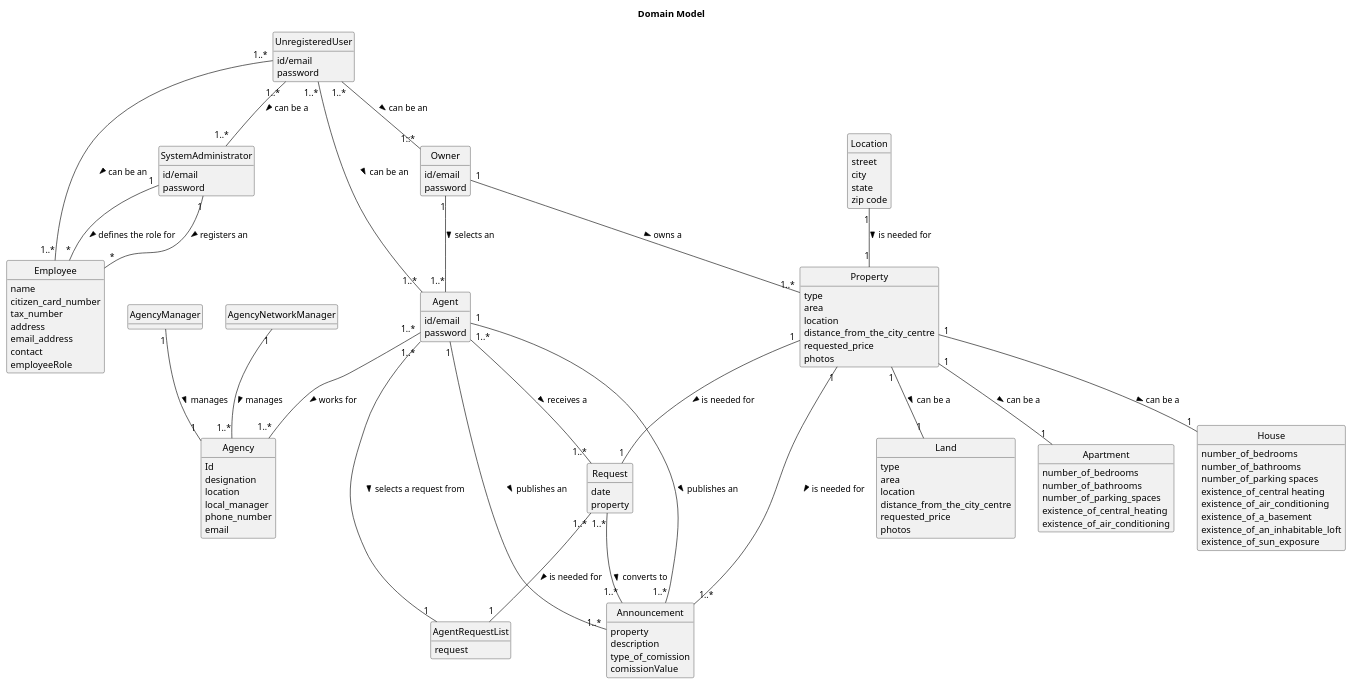
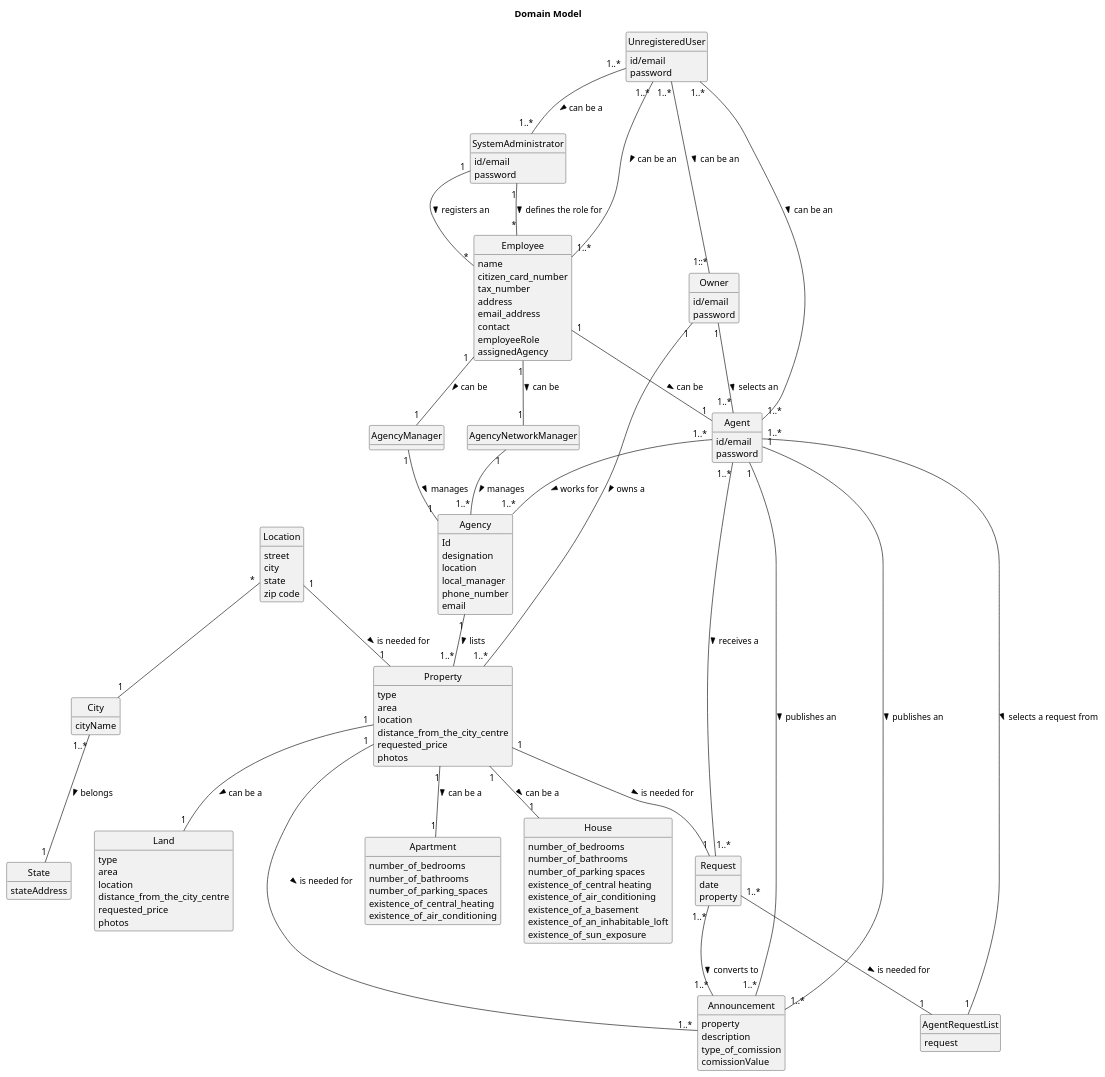
One commit to Rodrick0209/ISEP-LAPR2-22-23 changed the diagram in docs/Sprint-C/global-artifacts/02.analysis/puml/project-domain-model.puml. Above: the diagram before and after it, drawn with PlantUML. The commit also changed 27 other files, not shown here.

```diff
--- a/docs/Sprint-C/global-artifacts/02.analysis/puml/project-domain-model.puml
+++ b/docs/Sprint-C/global-artifacts/02.analysis/puml/project-domain-model.puml
@@ -1,156 +1,169 @@
 @startuml
 skinparam monochrome true
 skinparam packageStyle rectangle
 skinparam shadowing false
 'skinparam linetype ortho
 'left to right direction
 skinparam classAttributeIconSize 0
 hide circle
 hide methods
 
 title Domain Model
 
 
 class Employee{
 name
 citizen_card_number
 tax_number
 address
 email_address
 contact
 employeeRole
+assignedAgency
 }
 class Agent{
 id/email
 password
 }
 
 class SystemAdministrator{
 id/email
 password
 }
 
 class Land{
 type
 area
 location
 distance_from_the_city_centre
 requested_price
 photos
 
 }
 
 
 class Agency{
 Id
 designation
 location
 local_manager
 phone_number
 email
 }
 
 class UnregisteredUser{
 id/email
 password
 }
 
 
 class Property {
     type
     area
     location
     distance_from_the_city_centre
     requested_price
     photos
     }
 
 class Announcement {
        property
          description
             type_of_comission
            comissionValue
       }
 
 class Apartment{
     number_of_bedrooms
     number_of_bathrooms
     number_of_parking_spaces
     existence_of_central_heating
     existence_of_air_conditioning
 }
 
 class House{
     number_of_bedrooms
     number_of_bathrooms
     number_of_parking spaces
     existence_of_central heating
     existence_of_air_conditioning
     existence_of_a_basement
     existence_of_an_inhabitable_loft
     existence_of_sun_exposure
 }
 
 
 class  AgentRequestList{
 request
 
 }
 class Request{
 date
 property
 }
 
 
 class Location{
 street
 city
 state
 zip code
 }
 
 class Owner{
 id/email
 password
 }
 
+class City{
+cityName
+}
 
+class State{
+stateAddress
+}
 
 
 
 Agent "1..*" -- "1..*" Request : receives a  >
 Agent "1..*" -- "1" AgentRequestList: selects a request from >
 Property "1"-- "1..*"Announcement: is needed for  >
 Property "1"-- "1"Request: is needed for  >
 Request "1..*"-- "1"AgentRequestList: is needed for  >
 Request "1..*"-- "1..*"Announcement: converts to  >
 Location "1"--"1" Property : is needed for >
 
 Agent "1" -- "1..*" Announcement : publishes an >
 
 Agent "1" -- "1..*" Announcement : publishes an >
 Agent "1..*" -- "1..*" Agency : works for >
 SystemAdministrator "1" -- "*" Employee : registers an >
 
 SystemAdministrator "1" -- "*" Employee : defines the role for >
 Owner "1" -- "1..*" Property : owns a >
 Property "1" -- "1" House :  can be a >
 Property "1" -- "1" Apartment :  can be a >
 Property "1" -- "1" Land :  can be a >
 UnregisteredUser "1..*" -- "1..*" Agent :  can be an >
 UnregisteredUser "1..*" -- "1::*" Owner :  can be an >
 UnregisteredUser "1..*" -- "1..*" Employee :  can be an >
 UnregisteredUser "1..*" -- "1..*" SystemAdministrator :  can be a >
 
 
 
 
 Owner "1" -- "1..*" Agent : selects an  >
 
 AgencyManager "1" -- "1" Agency : manages >
 AgencyNetworkManager "1" -- "1..*" Agency : manages >
 
+Employee "1" -- "1" AgencyManager : can be >
+Employee "1" -- "1" AgencyNetworkManager : can be >
+Employee "1" -- "1" Agent : can be >
 
+City "1..*" -- "1" State : belongs >
+Location "*" -- "1" City
 
+Agency "1" -- "1..*" Property : lists >
 
 @enduml
```
